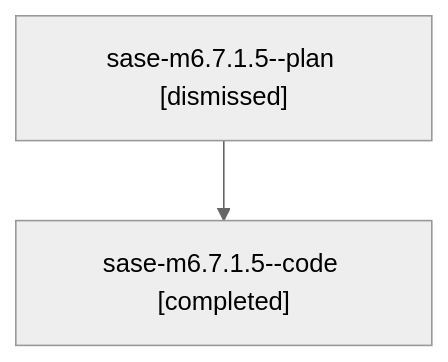
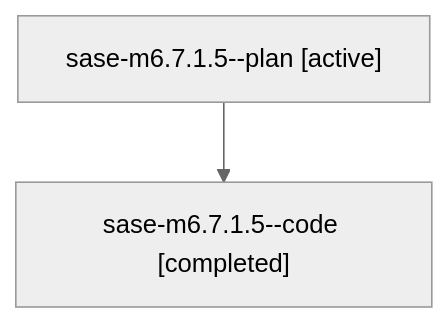
The diagram in families/bbugyi200.athena.sase-m6.7.1.5.md (sase-org/sase--agents), drawn with Mermaid (neutral theme) before and after one commit. The commit also changed other lines of this file and 35830 other files, not shown here.

````diff
--- a/families/bbugyi200.athena.sase-m6.7.1.5.md
+++ b/families/bbugyi200.athena.sase-m6.7.1.5.md
@@ -9,6 +9,6 @@
 ```mermaid
 flowchart TD
-  n0["sase-m6.7.1.5--plan [dismissed]"]
+  n0["sase-m6.7.1.5--plan [active]"]
   n1["sase-m6.7.1.5--code [completed]"]
   n0 --> n1
 ```
````
